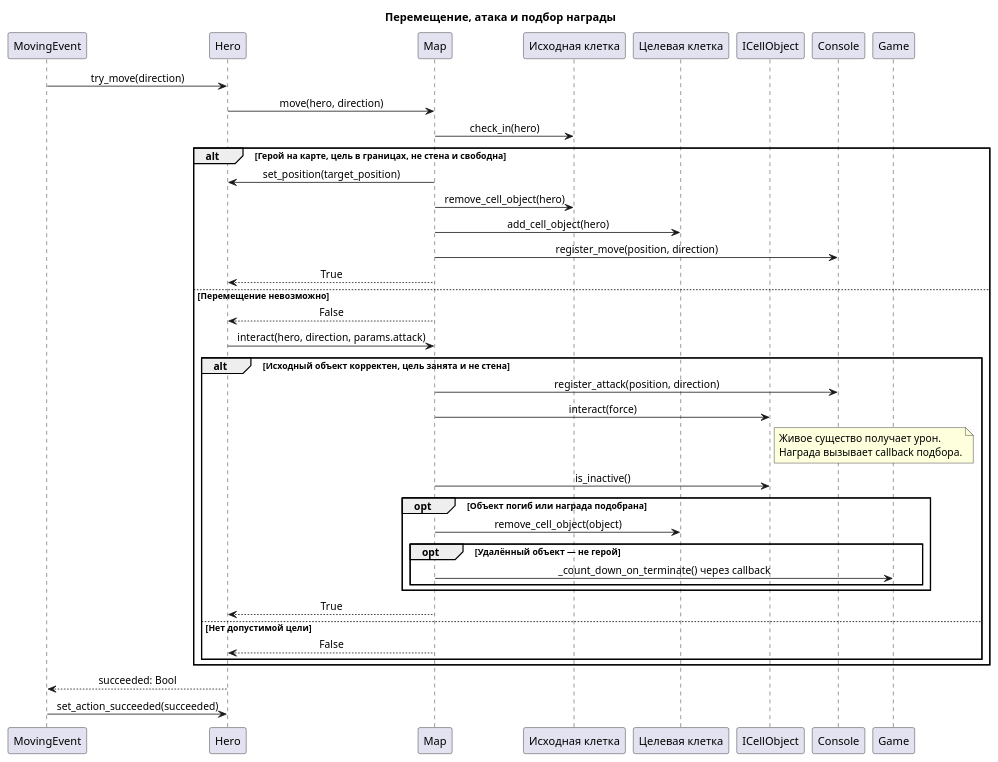
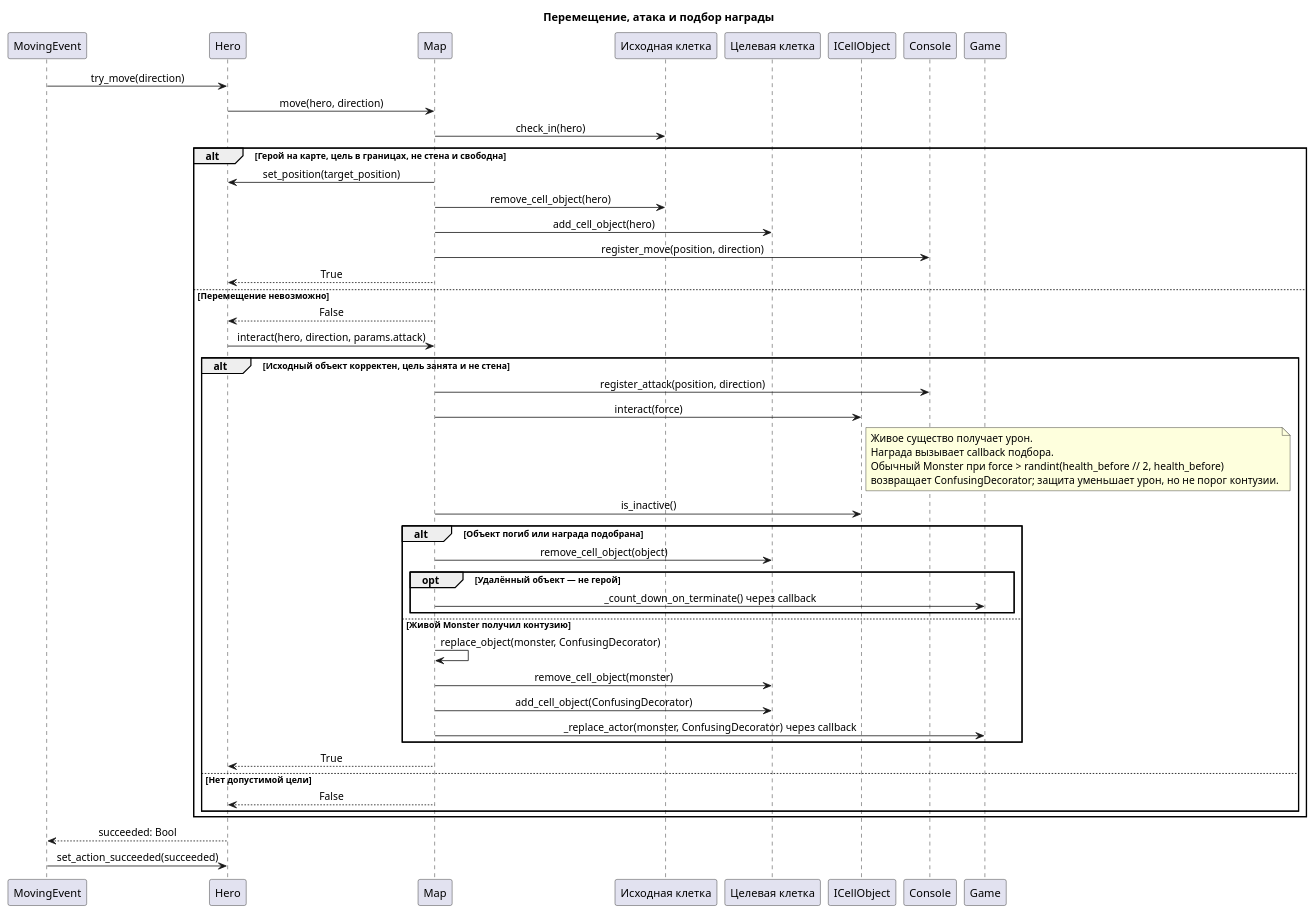
The diagram in docs/diagrams/sequence/sequence_hero_movement.plantuml (ISArchitec/Roguelike), drawn with PlantUML before and after one commit. The commit also changed 8 other files, not shown here.

```diff
--- a/docs/diagrams/sequence/sequence_hero_movement.plantuml
+++ b/docs/diagrams/sequence/sequence_hero_movement.plantuml
@@ -1,51 +1,58 @@
 @startuml
 skinparam shadowing false
 skinparam sequenceParticipant roundCorner 0
 skinparam sequenceLifeLineBorderColor black
 skinparam sequenceLifeLineBackgroundColor white
 skinparam sequenceMessageAlign center
 title Перемещение, атака и подбор награды
 
 participant MovingEvent as Event
 participant Hero
 participant Map
 participant "Исходная клетка" as Source
 participant "Целевая клетка" as Target
 participant ICellObject as Object
 participant Console
 participant Game
 
 Event -> Hero: try_move(direction)
 Hero -> Map: move(hero, direction)
 Map -> Source: check_in(hero)
 alt Герой на карте, цель в границах, не стена и свободна
     Map -> Hero: set_position(target_position)
     Map -> Source: remove_cell_object(hero)
     Map -> Target: add_cell_object(hero)
     Map -> Console: register_move(position, direction)
     Map --> Hero: True
 else Перемещение невозможно
     Map --> Hero: False
     Hero -> Map: interact(hero, direction, params.attack)
     alt Исходный объект корректен, цель занята и не стена
         Map -> Console: register_attack(position, direction)
         Map -> Object: interact(force)
         note right of Object
           Живое существо получает урон.
           Награда вызывает callback подбора.
+          Обычный Monster при force > randint(health_before // 2, health_before)
+          возвращает ConfusingDecorator; защита уменьшает урон, но не порог контузии.
         end note
         Map -> Object: is_inactive()
-        opt Объект погиб или награда подобрана
+        alt Объект погиб или награда подобрана
             Map -> Target: remove_cell_object(object)
             opt Удалённый объект — не герой
                 Map -> Game: _count_down_on_terminate() через callback
             end
+        else Живой Monster получил контузию
+            Map -> Map: replace_object(monster, ConfusingDecorator)
+            Map -> Target: remove_cell_object(monster)
+            Map -> Target: add_cell_object(ConfusingDecorator)
+            Map -> Game: _replace_actor(monster, ConfusingDecorator) через callback
         end
         Map --> Hero: True
     else Нет допустимой цели
         Map --> Hero: False
     end
 end
 Hero --> Event: succeeded: Bool
 Event -> Hero: set_action_succeeded(succeeded)
 @enduml
```
